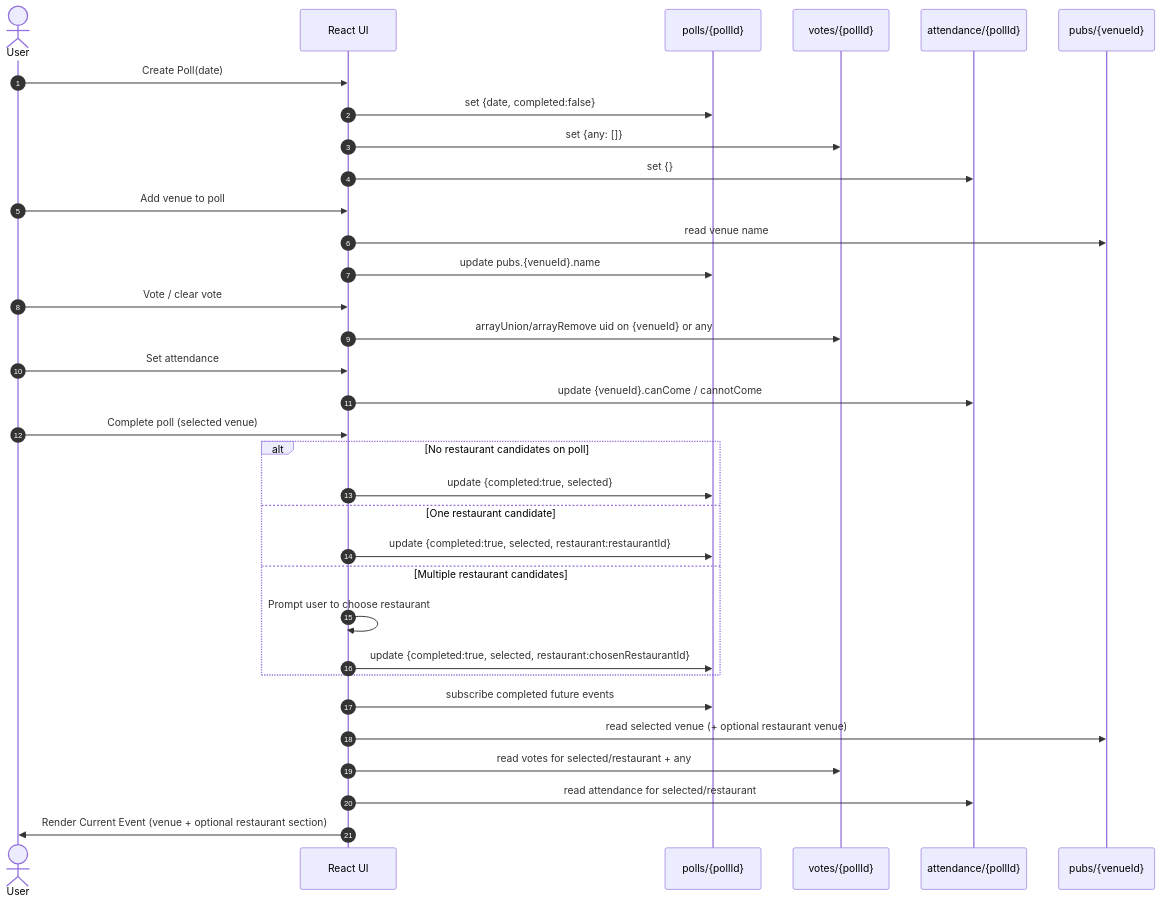
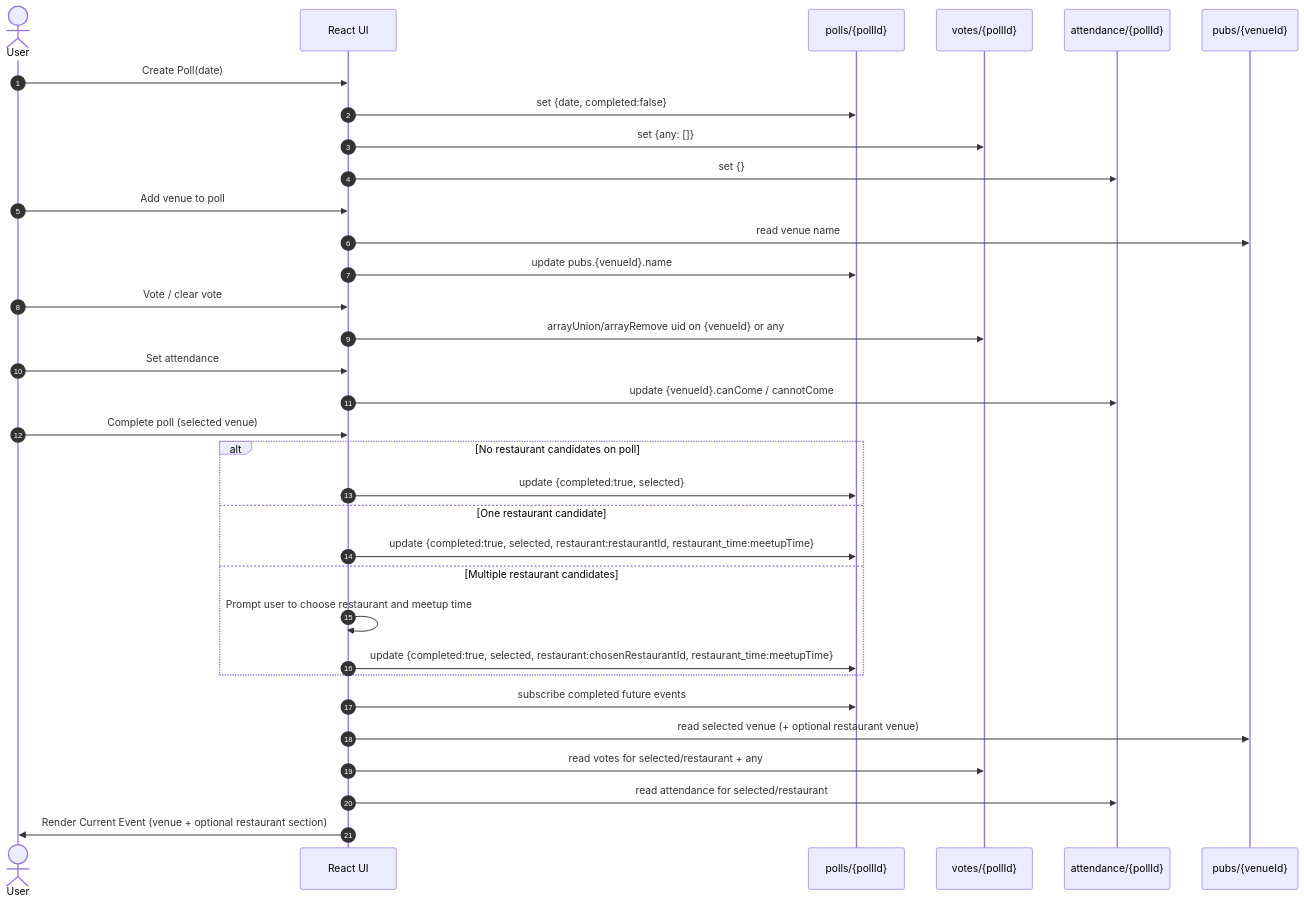
One commit to cbehopkins/pubnightpicker changed the diagram in react/docs/firestore-data-contract.md. Above: the diagram before and after it, drawn with Mermaid. The commit also changed other lines of this file and 32 other files, not shown here.

First line of the commit message:
Add restaurant time (#27)

````diff
--- a/react/docs/firestore-data-contract.md
+++ b/react/docs/firestore-data-contract.md
@@ -115,41 +116,41 @@
 ```mermaid
 sequenceDiagram
 	autonumber
 	actor U as User
 	participant UI as React UI
 	participant P as polls/{pollId}
 	participant V as votes/{pollId}
 	participant A as attendance/{pollId}
 	participant PUB as pubs/{venueId}
 
 	U->>UI: Create Poll(date)
 	UI->>P: set {date, completed:false}
 	UI->>V: set {any: []}
 	UI->>A: set {}
 
 	U->>UI: Add venue to poll
 	UI->>PUB: read venue name
 	UI->>P: update pubs.{venueId}.name
 
 	U->>UI: Vote / clear vote
 	UI->>V: arrayUnion/arrayRemove uid on {venueId} or any
 
 	U->>UI: Set attendance
 	UI->>A: update {venueId}.canCome / cannotCome
 
 	U->>UI: Complete poll (selected venue)
 	alt No restaurant candidates on poll
 		UI->>P: update {completed:true, selected}
 	else One restaurant candidate
-		UI->>P: update {completed:true, selected, restaurant:restaurantId}
+		UI->>P: update {completed:true, selected, restaurant:restaurantId, restaurant_time:meetupTime}
 	else Multiple restaurant candidates
-		UI->>UI: Prompt user to choose restaurant
-		UI->>P: update {completed:true, selected, restaurant:chosenRestaurantId}
+		UI->>UI: Prompt user to choose restaurant and meetup time
+		UI->>P: update {completed:true, selected, restaurant:chosenRestaurantId, restaurant_time:meetupTime}
 	end
 
 	UI->>P: subscribe completed future events
 	UI->>PUB: read selected venue (+ optional restaurant venue)
 	UI->>V: read votes for selected/restaurant + any
 	UI->>A: read attendance for selected/restaurant
 	UI->>U: Render Current Event (venue + optional restaurant section)
 ```
````
